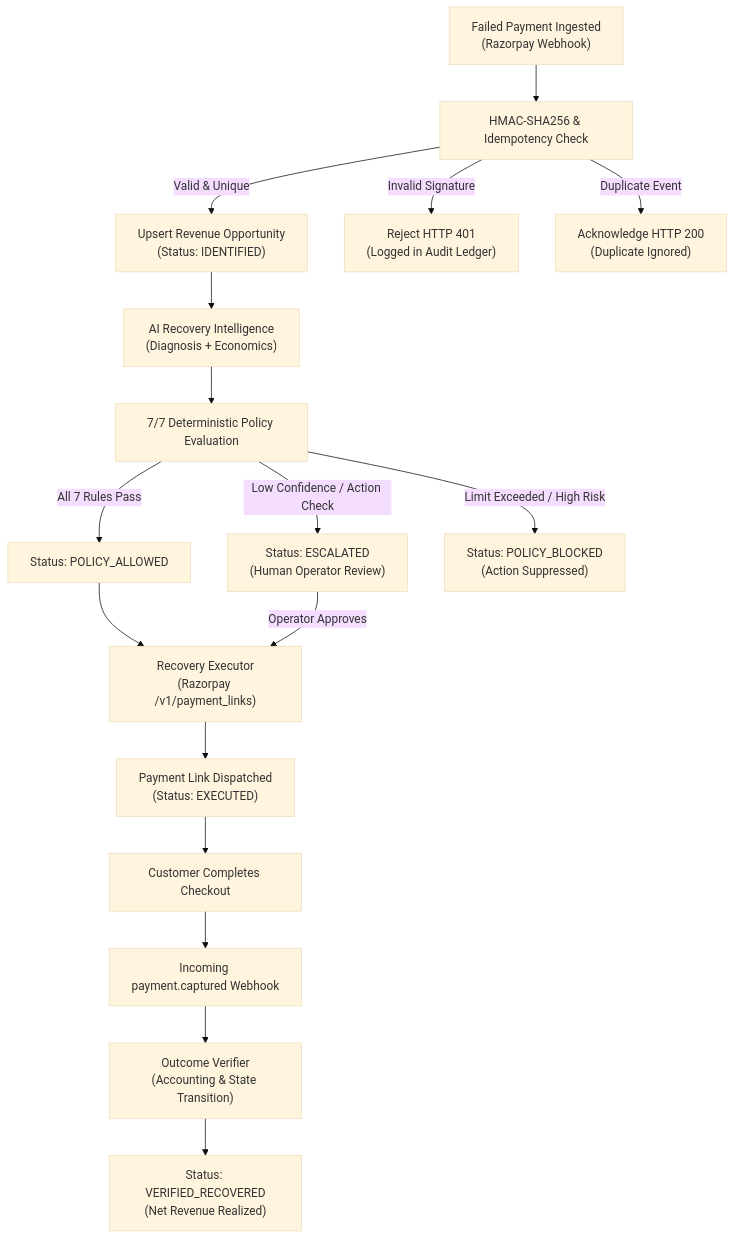
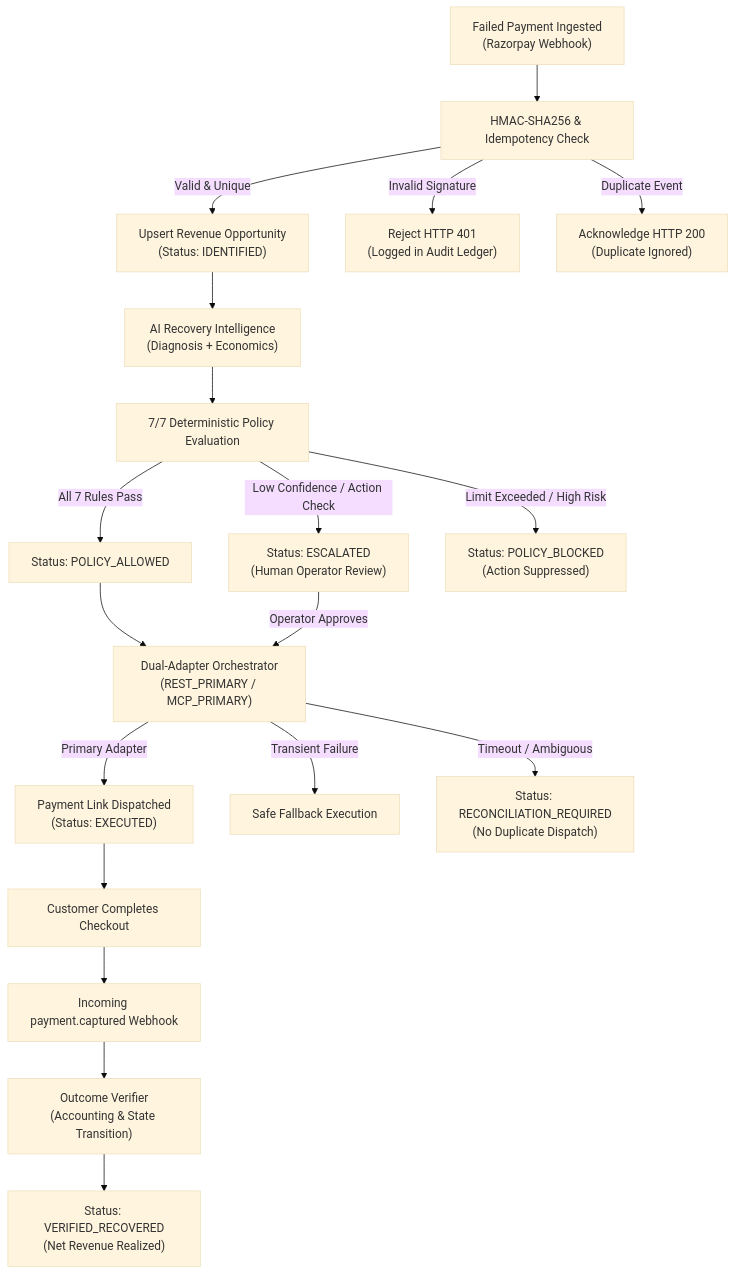
One commit to djcode0718/RazorpayRecoverIQ changed the first of 2 diagrams in README.md. Above: the diagram before and after it, drawn with Mermaid (base theme). The commit also changed other lines of this file and 18 other files, not shown here.

````diff
--- a/README.md
+++ b/README.md
@@ -86,23 +91,26 @@
 ```mermaid
 graph TD
     A["Failed Payment Ingested\n(Razorpay Webhook)"] --> B["HMAC-SHA256 & Idempotency Check"]
     B -->|Valid & Unique| C["Upsert Revenue Opportunity\n(Status: IDENTIFIED)"]
     B -->|Invalid Signature| X["Reject HTTP 401\n(Logged in Audit Ledger)"]
     B -->|Duplicate Event| Y["Acknowledge HTTP 200\n(Duplicate Ignored)"]
     
     C --> D["AI Recovery Intelligence\n(Diagnosis + Economics)"]
     D --> E["7/7 Deterministic Policy Evaluation"]
     
     E -->|All 7 Rules Pass| F["Status: POLICY_ALLOWED"]
     E -->|Low Confidence / Action Check| G["Status: ESCALATED\n(Human Operator Review)"]
     E -->|Limit Exceeded / High Risk| H["Status: POLICY_BLOCKED\n(Action Suppressed)"]
     
-    F --> I["Recovery Executor\n(Razorpay /v1/payment_links)"]
+    F --> I["Dual-Adapter Orchestrator\n(REST_PRIMARY / MCP_PRIMARY)"]
     G -->|Operator Approves| I
     
-    I --> J["Payment Link Dispatched\n(Status: EXECUTED)"]
-    J --> K["Customer Completes Checkout"]
-    K --> L["Incoming payment.captured Webhook"]
-    L --> M["Outcome Verifier\n(Accounting & State Transition)"]
-    M --> N["Status: VERIFIED_RECOVERED\n(Net Revenue Realized)"]
+    I -->|Primary Adapter| J["Payment Link Dispatched\n(Status: EXECUTED)"]
+    I -->|Transient Failure| K["Safe Fallback Execution"]
+    I -->|Timeout / Ambiguous| L["Status: RECONCILIATION_REQUIRED\n(No Duplicate Dispatch)"]
+    
+    J --> M["Customer Completes Checkout"]
+    M --> N["Incoming payment.captured Webhook"]
+    N --> O["Outcome Verifier\n(Accounting & State Transition)"]
+    O --> P["Status: VERIFIED_RECOVERED\n(Net Revenue Realized)"]
 ```
````
